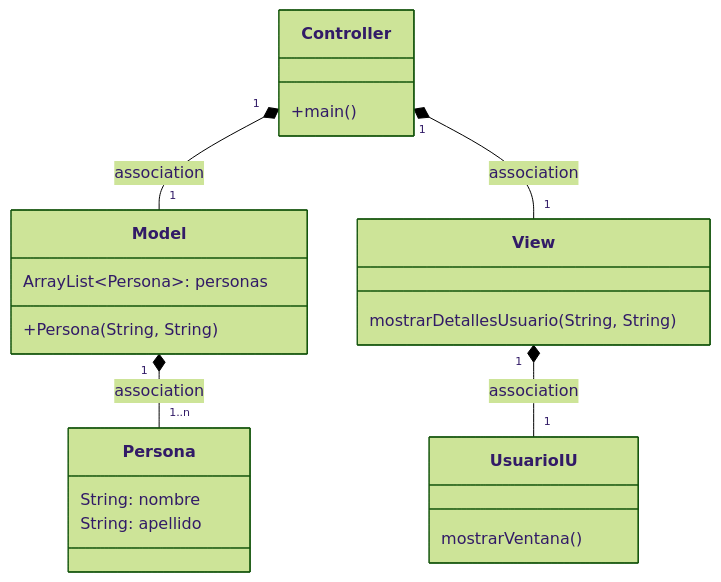
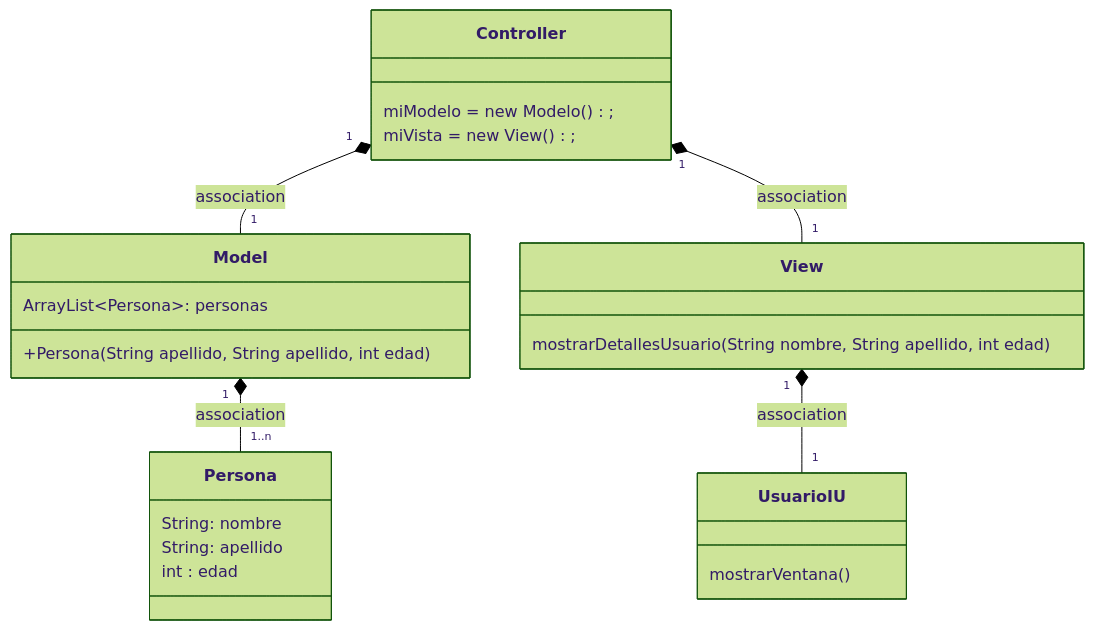
The first of 2 diagrams in Readme.md (WindaLobo/PracticaMvc), drawn with Mermaid (forest theme) before and after one commit.

````diff
--- a/Readme.md
+++ b/Readme.md
@@ -3,25 +3,27 @@
 ```mermaid
 classDiagram
     class Persona {
         String: nombre
         String: apellido
+        int : edad
        
     }
       class Controller{
-          +main()
+        miModelo = new Modelo();
+        miVista = new View();
       }
-      class View {mostrarDetallesUsuario(String, String)}
+      class View {mostrarDetallesUsuario(String nombre, String apellido, int edad)}
       class Model {
           ArrayList~Persona~: personas
-          +Persona(String, String)
+          +Persona(String apellido, String apellido, int edad)
          
       }
       
      class UsuarioIU { mostrarVentana() }
     Controller "1" *-- "1" Model : association
     Controller "1" *-- "1" View : association
     Model "1" *-- "1..n" Persona : association
     View "1" *-- "1" UsuarioIU : association
     
       
 ```
````
